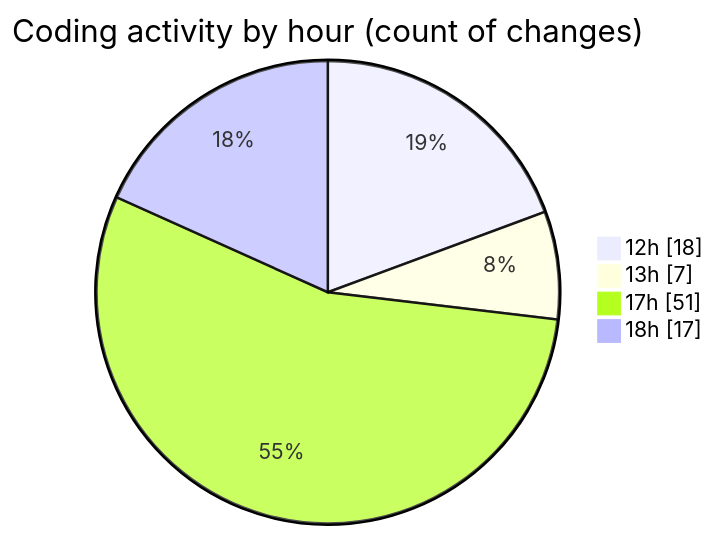
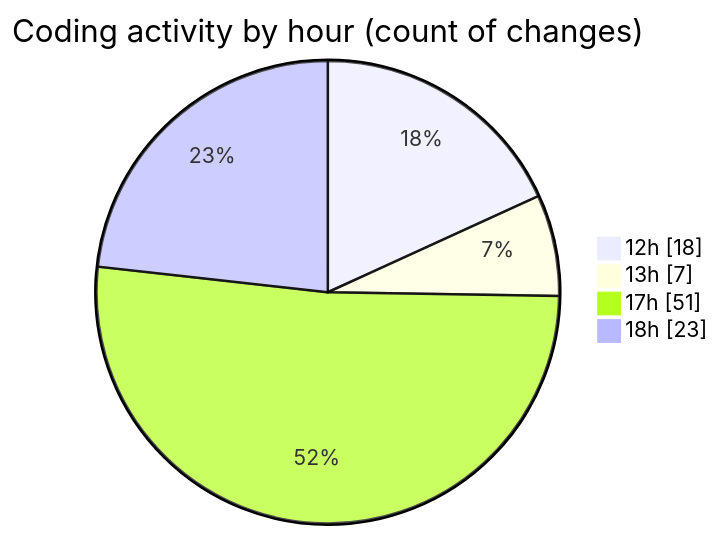
The second of 2 diagrams in 2025-06-14/nxtqube_webapp/README.md (nxtqubesakshisongat/code-tracking), drawn with Mermaid before and after one commit. The commit also changed other lines of this file and 1 other file, not shown here.

````diff
--- a/2025-06-14/nxtqube_webapp/README.md
+++ b/2025-06-14/nxtqube_webapp/README.md
@@ -34,8 +35,8 @@
 ```mermaid
 pie showData
 title Coding activity by hour (count of changes)
 "12h" : 18
 "13h" : 7
 "17h" : 51
-"18h" : 17
+"18h" : 23
 ```
````
